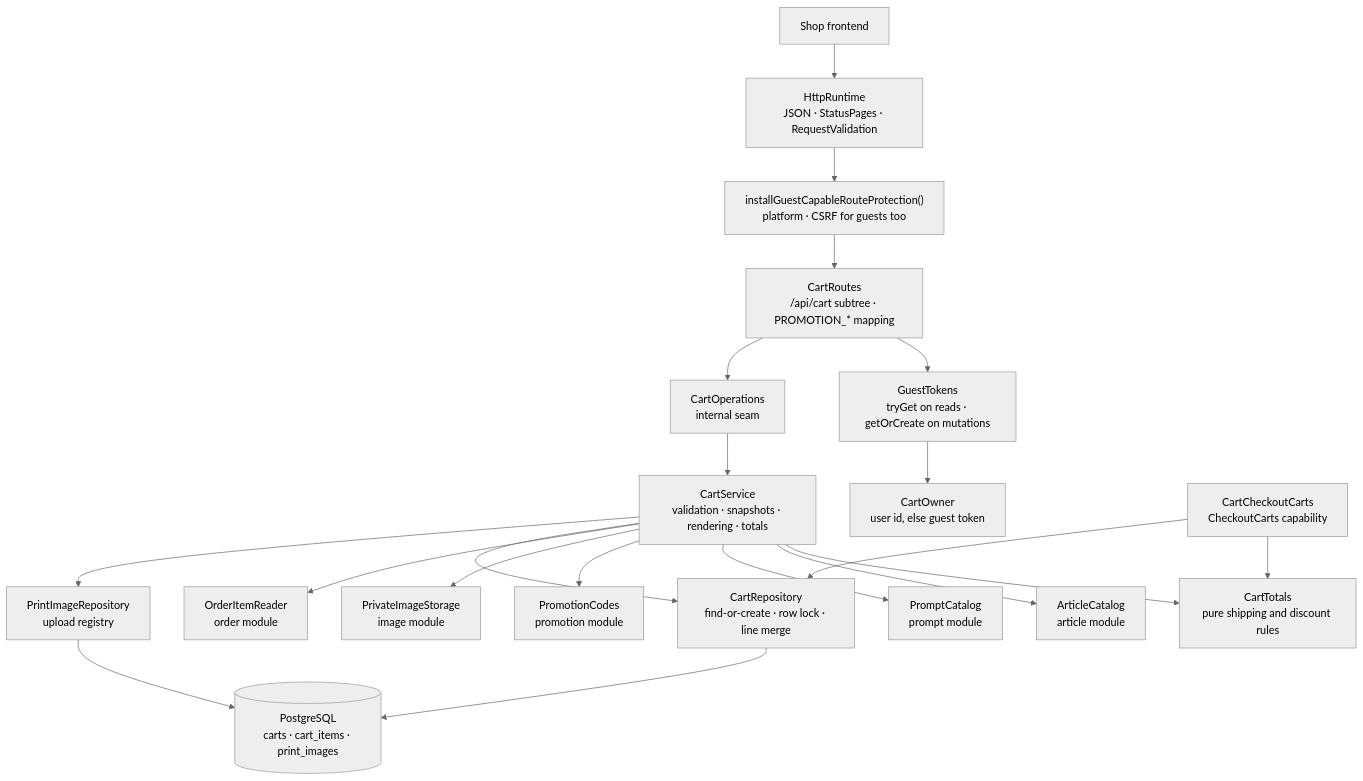
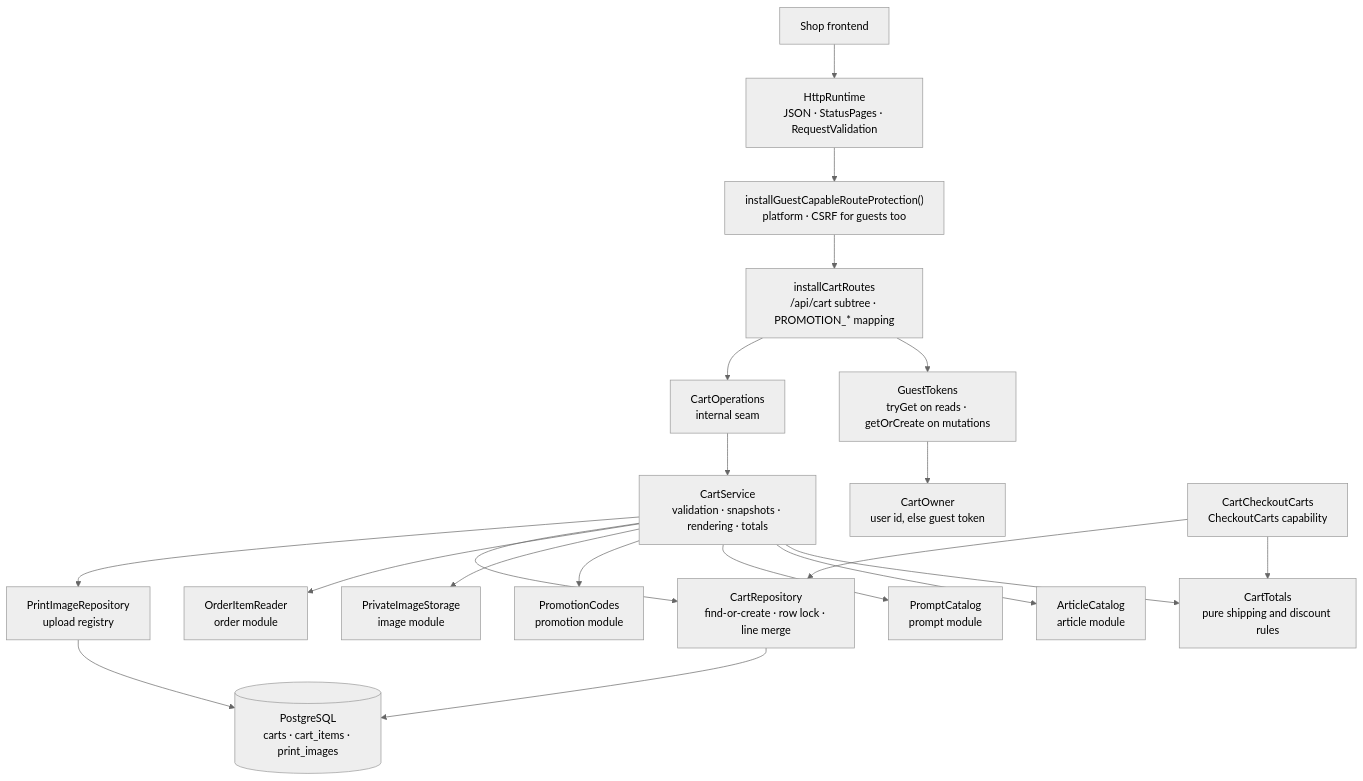
The diagram in docs/dev/backend/cart-package.md (bitstorm-tech/voenix-shop-kotlin), drawn with Mermaid (neutral theme) before and after one commit. The commit also changed other lines of this file and 94 other files, not shown here.

````diff
--- a/docs/dev/backend/cart-package.md
+++ b/docs/dev/backend/cart-package.md
@@ -32,35 +32,35 @@
 ```mermaid
 flowchart TB
     Client["Shop frontend"]
     Http["HttpRuntime<br/>JSON · StatusPages · RequestValidation"]
     Csrf["installGuestCapableRouteProtection()<br/>platform · CSRF for guests too"]
-    Routes["CartRoutes<br/>/api/cart subtree · PROMOTION_* mapping"]
+    Routes["installCartRoutes<br/>/api/cart subtree · PROMOTION_* mapping"]
     Guest["GuestTokens<br/>tryGet on reads · getOrCreate on mutations"]
     Owner["CartOwner<br/>user id, else guest token"]
     Operations["CartOperations<br/>internal seam"]
     Service["CartService<br/>validation · snapshots · rendering · totals"]
     Totals["CartTotals<br/>pure shipping and discount rules"]
     Articles["ArticleCatalog<br/>article module"]
     Prompts["PromptCatalog<br/>prompt module"]
     Promotions["PromotionCodes<br/>promotion module"]
     Storage["PrivateImageStorage<br/>image module"]
     Ordered["OrderItemReader<br/>order module"]
     Checkout["CartCheckoutCarts<br/>CheckoutCarts capability"]
     Repository["CartRepository<br/>find-or-create · row lock · line merge"]
     Images["PrintImageRepository<br/>upload registry"]
     Tables[("PostgreSQL<br/>carts · cart_items · print_images")]
 
     Client --> Http --> Csrf --> Routes
     Routes --> Guest --> Owner
     Routes --> Operations --> Service
     Service --> Totals
     Service --> Articles
     Service --> Prompts
     Service --> Promotions
     Service --> Storage
     Service --> Ordered
     Service --> Repository --> Tables
     Service --> Images --> Tables
     Checkout --> Totals
     Checkout --> Repository
 ```
````
